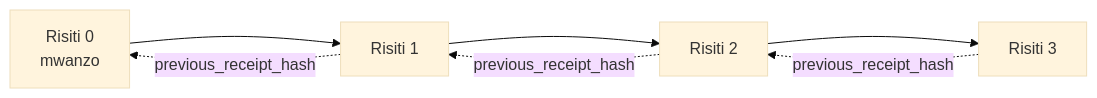
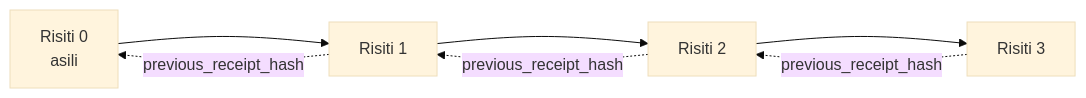
The second of 2 diagrams in translations/sw/18-securing-ai-agents/README.md (microsoft/ai-agents-for-beginners), drawn with Mermaid (base theme) before and after one commit. The commit also changed other lines of this file and 222 other files, not shown here.

````diff
--- a/translations/sw/18-securing-ai-agents/README.md
+++ b/translations/sw/18-securing-ai-agents/README.md
@@ -206,9 +206,9 @@
 ```mermaid
 flowchart LR
-    R0[Risiti 0<br/>mwanzo] --> R1[Risiti 1]
+    R0[Risiti 0<br/>asili] --> R1[Risiti 1]
     R1 --> R2[Risiti 2]
     R2 --> R3[Risiti 3]
     R1 -. previous_receipt_hash .-> R0
     R2 -. previous_receipt_hash .-> R1
     R3 -. previous_receipt_hash .-> R2
 ```
````
